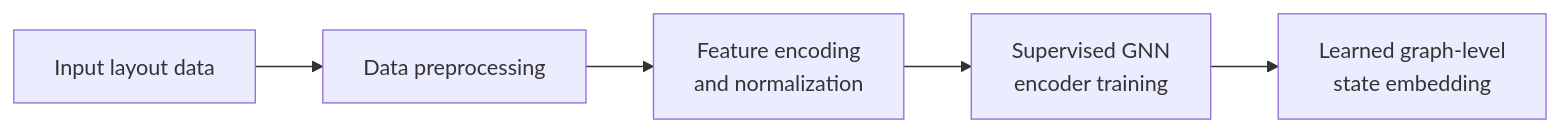
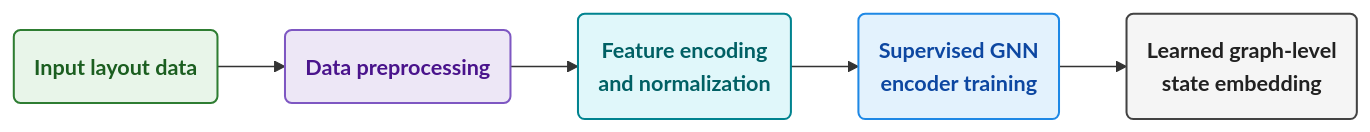
The diagram in README.md (gmzonder/gnn-power-module-layout), drawn with Mermaid before and after one commit.

Commit message:
Color pipeline diagram to match figures

````diff
--- a/README.md
+++ b/README.md
@@ -63,7 +63,17 @@
 ```mermaid
 flowchart LR
-    A["Input layout data"] --> B["Data preprocessing"]
-    B --> D["Feature encoding<br/>and normalization"]
-    D --> E["Supervised GNN<br/>encoder training"]
-    E --> F["Learned graph-level<br/>state embedding"]
+    A("Input layout data") --> B("Data preprocessing")
+    B --> D("Feature encoding<br/>and normalization")
+    D --> E("Supervised GNN<br/>encoder training")
+    E --> F("Learned graph-level<br/>state embedding")
+    classDef input fill:#E8F5E9,stroke:#2E7D32,color:#1B5E20,stroke-width:1.5px,font-weight:bold
+    classDef prep fill:#EDE7F6,stroke:#7E57C2,color:#4A148C,stroke-width:1.5px,font-weight:bold
+    classDef feat fill:#E0F7FA,stroke:#00838F,color:#006064,stroke-width:1.5px,font-weight:bold
+    classDef train fill:#E3F2FD,stroke:#1E88E5,color:#0D47A1,stroke-width:1.5px,font-weight:bold
+    classDef out fill:#F5F5F5,stroke:#424242,color:#212121,stroke-width:1.5px,font-weight:bold
+    class A input
+    class B prep
+    class D feat
+    class E train
+    class F out
 ```
````
